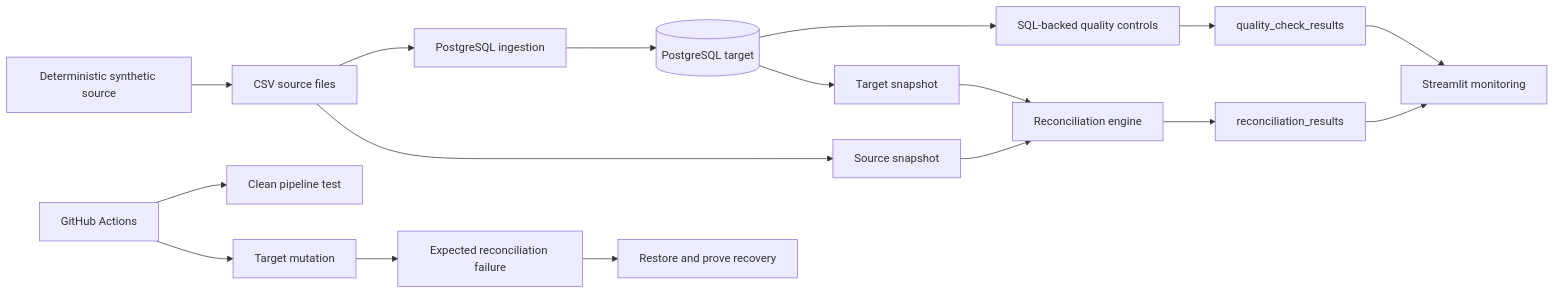
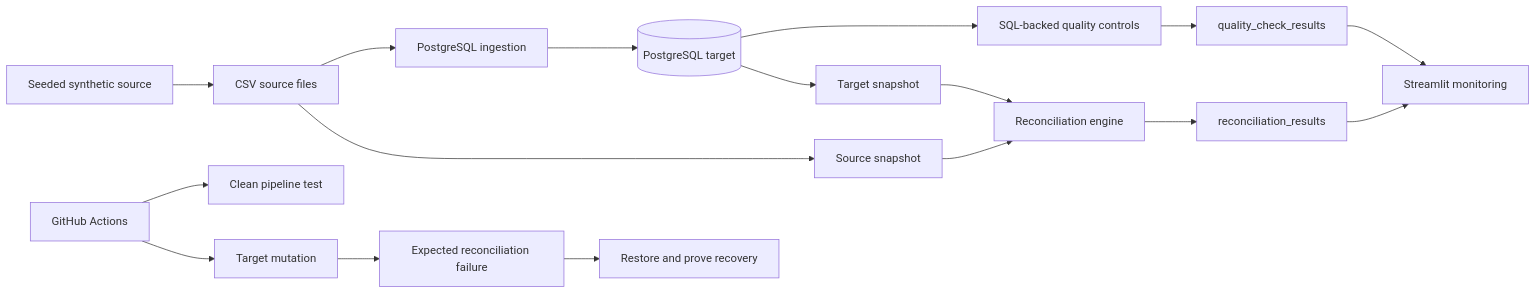
The diagram in README.md (Jericho107/banking-dataops-monitoring), drawn with Mermaid before and after one commit. The commit also changed other lines of this file, not shown here.

````diff
--- a/README.md
+++ b/README.md
@@ -88,23 +88,23 @@
 ```mermaid
 flowchart LR
-    A[Deterministic synthetic source] --> B[CSV source files]
+    A[Seeded synthetic source] --> B[CSV source files]
     B --> C[PostgreSQL ingestion]
     C --> D[(PostgreSQL target)]
 
     D --> E[SQL-backed quality controls]
     E --> F[quality_check_results]
 
     B --> G[Source snapshot]
     D --> H[Target snapshot]
     G --> I[Reconciliation engine]
     H --> I
     I --> J[reconciliation_results]
 
     F --> K[Streamlit monitoring]
     J --> K
 
     L[GitHub Actions] --> M[Clean pipeline test]
     L --> N[Target mutation]
     N --> O[Expected reconciliation failure]
     O --> P[Restore and prove recovery]
 ```
````
